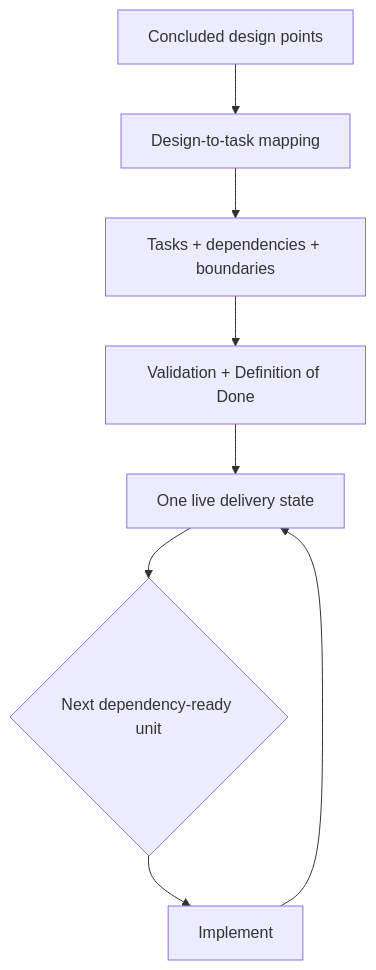
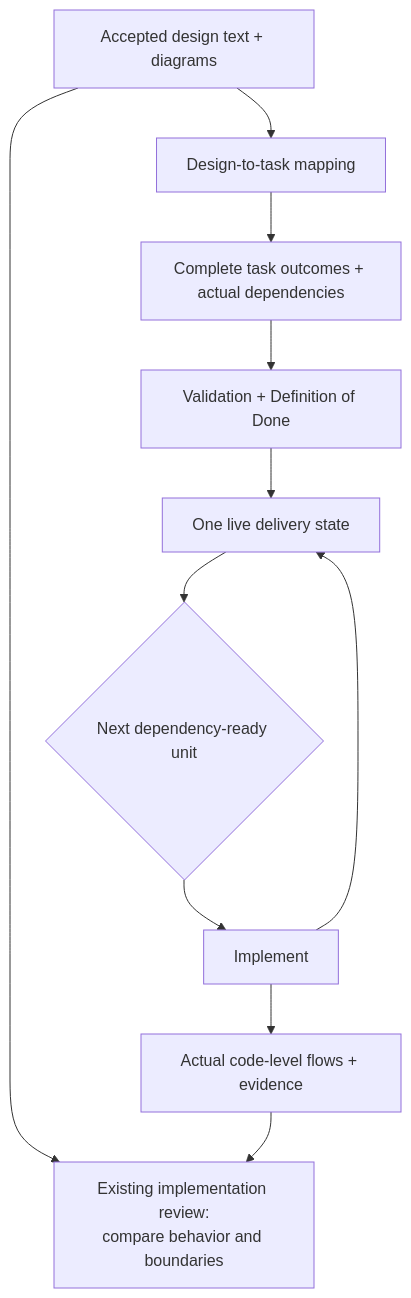
One commit to hhhhhusky777/spec-driven-delivery-playbook changed the seventh of 16 diagrams in README.md. Above: the diagram before and after it, drawn with Mermaid. The commit also changed other lines of this file and 6 other files, not shown here.

Commit message:
feat: separate architecture design from implementation planning

````diff
--- a/README.md
+++ b/README.md
@@ -386,10 +395,13 @@
 ```mermaid
 flowchart TD
-    D["Concluded design points"] --> M["Design-to-task mapping"]
-    M --> T["Tasks + dependencies + boundaries"]
+    D["Accepted design text + diagrams"] --> M["Design-to-task mapping"]
+    M --> T["Complete task outcomes + actual dependencies"]
     T --> V["Validation + Definition of Done"]
     V --> S["One live delivery state"]
     S --> R{"Next dependency-ready unit"}
     R --> I["Implement"]
     I --> S
+    I --> E["Actual code-level flows + evidence"]
+    D --> C["Existing implementation review:<br/>compare behavior and boundaries"]
+    E --> C
 ```
````
